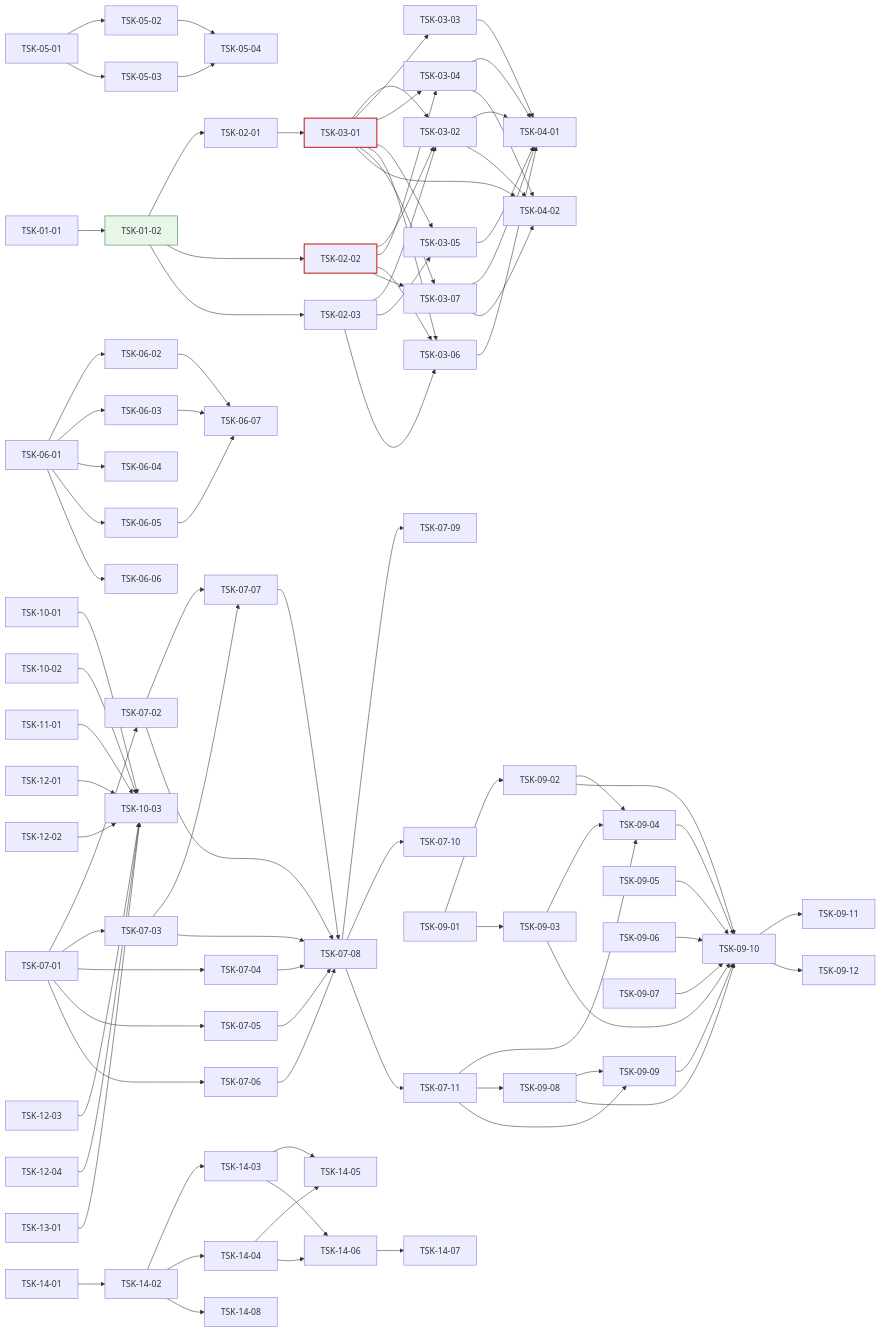
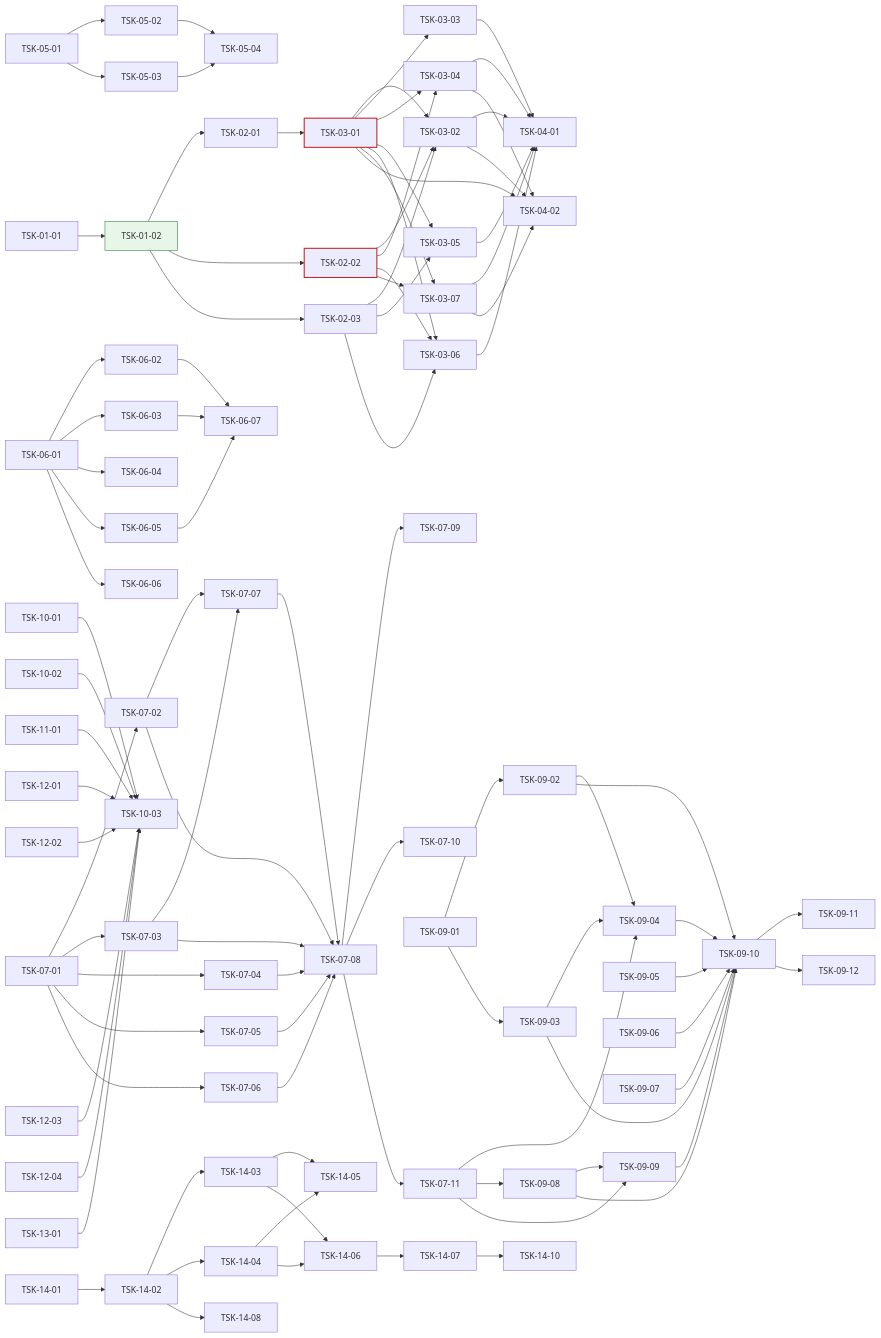
Before and after one commit to jongik-sv/oranda: the diagram in docs/oranda1/wbs.md, drawn with Mermaid. The commit also changed other lines of this file and 23 other files, not shown here.

```diff
--- a/docs/oranda1/wbs.md
+++ b/docs/oranda1/wbs.md
@@ -1094,6 +1106,7 @@
   TSK-14-04 --> TSK-14-06
   TSK-14-06 --> TSK-14-07
   TSK-14-02 --> TSK-14-08
+  TSK-14-07 --> TSK-14-10
   style TSK-01-02 fill:#e8f5e9,stroke:#2e7d32
   style TSK-03-01 stroke:#c62828,stroke-width:2px
   style TSK-02-02 stroke:#c62828,stroke-width:2px
```
